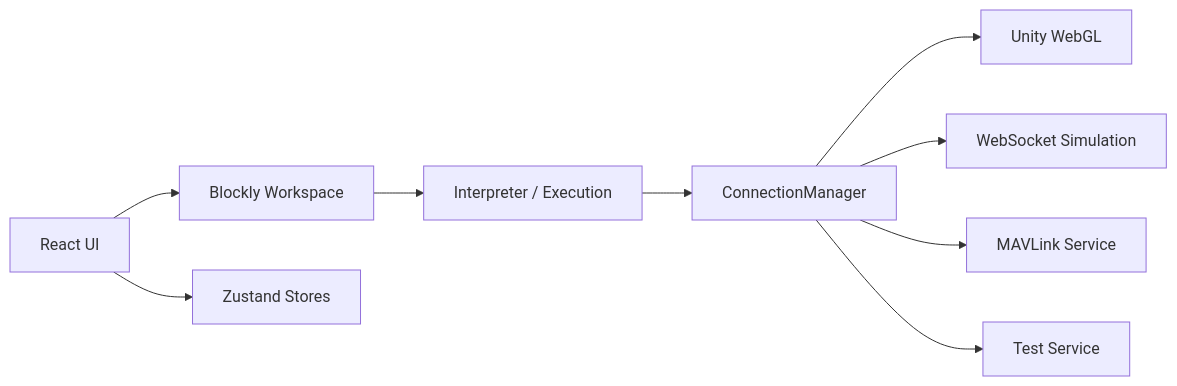
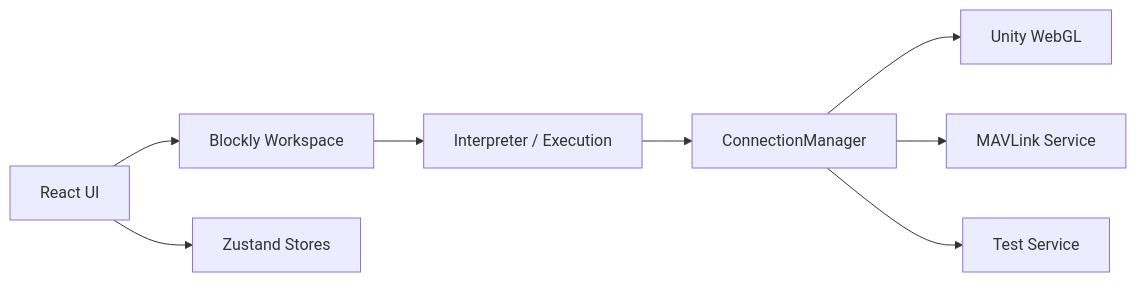
The first of 3 diagrams in docs/DIAGRAMS.md (DaonIncLab/Daon_Swarn_Edu_Simulator), drawn with Mermaid before and after one commit. The commit also changed other lines of this file and 22 other files, not shown here.

````diff
--- a/docs/DIAGRAMS.md
+++ b/docs/DIAGRAMS.md
@@ -5,11 +5,10 @@
 ```mermaid
 flowchart LR
     UI[React UI] --> Blockly[Blockly Workspace]
     UI --> Stores[Zustand Stores]
     Blockly --> Execution[Interpreter / Execution]
     Execution --> Manager[ConnectionManager]
     Manager --> Unity[Unity WebGL]
-    Manager --> WS[WebSocket Simulation]
     Manager --> MAV[MAVLink Service]
     Manager --> Test[Test Service]
 ```
````
